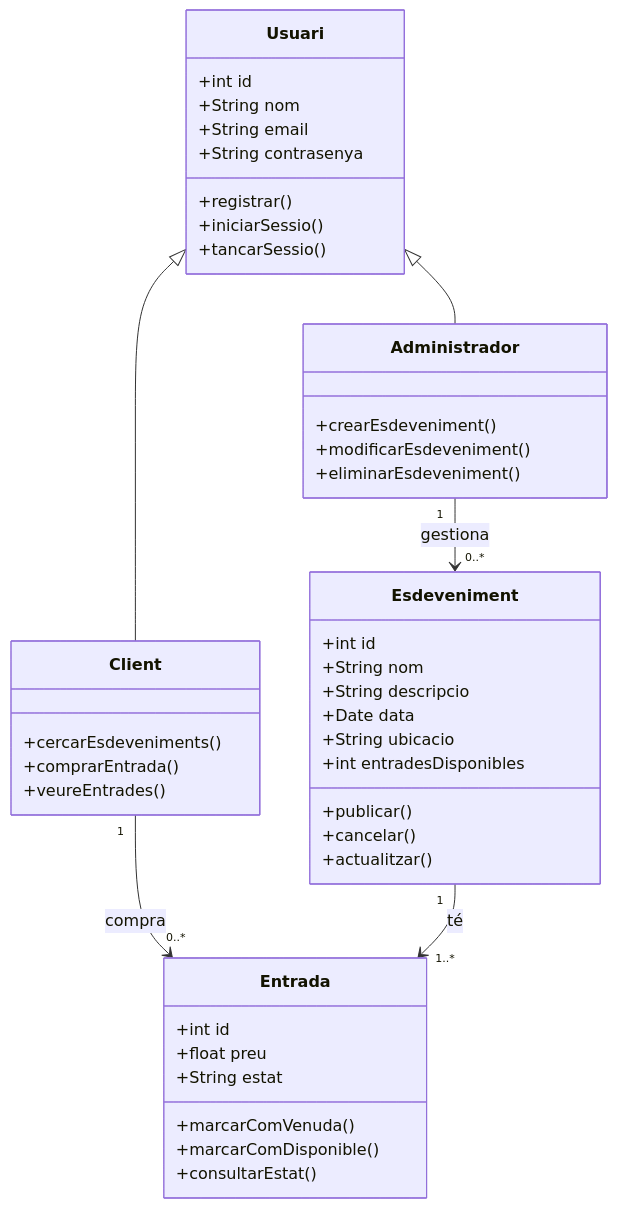
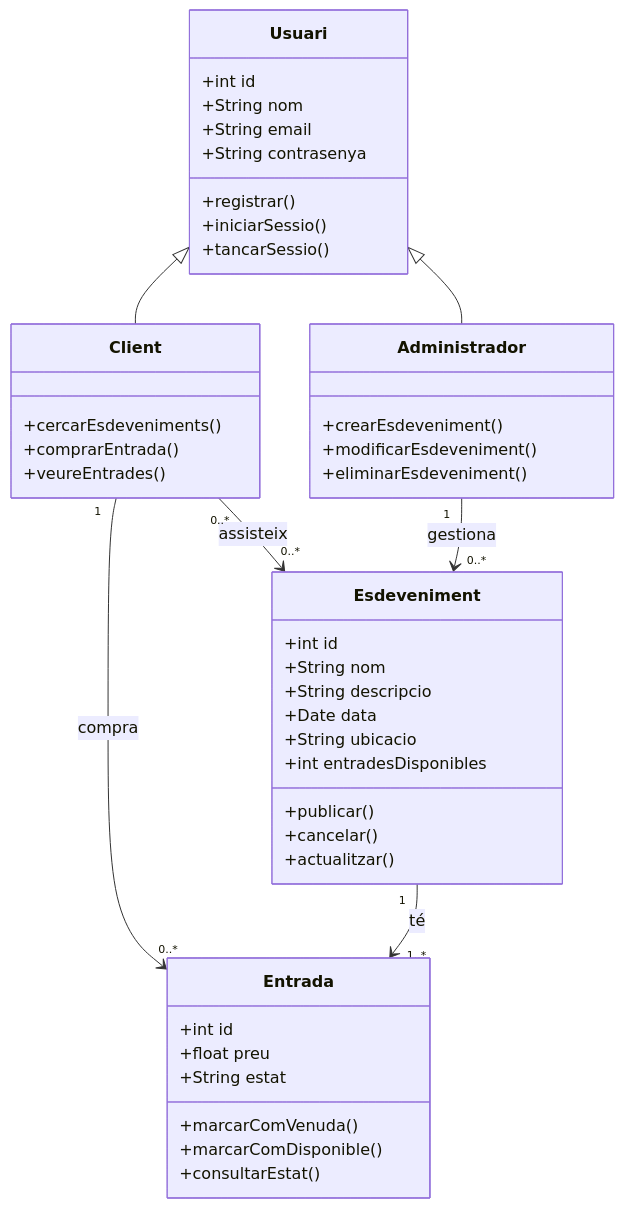
One commit to adriandomcoll/dam1-digitalitzacio changed the diagram in TapatApp/A2/charts/gestor-de-entradas.mermaid. Above: the diagram before and after it, drawn with Mermaid. The commit also changed 3 other files, not shown here.

```diff
--- a/TapatApp/A2/charts/gestor-de-entradas.mermaid
+++ b/TapatApp/A2/charts/gestor-de-entradas.mermaid
@@ -1,53 +1,54 @@
 classDiagram
     %% Herència
     Usuari <|-- Client
     Usuari <|-- Administrador
 
     %% Relacions
     Client "1" --> "0..*" Entrada : compra
+    Client "0..*" --> "0..*" Esdeveniment : assisteix
     Administrador "1" --> "0..*" Esdeveniment : gestiona
     Esdeveniment "1" --> "1..*" Entrada : té
 
     %% Classes
     class Usuari {
         +int id
         +String nom
         +String email
         +String contrasenya
         +registrar()
         +iniciarSessio()
         +tancarSessio()
     }
 
     class Client {
         +cercarEsdeveniments()
         +comprarEntrada()
         +veureEntrades()
     }
 
     class Administrador {
         +crearEsdeveniment()
         +modificarEsdeveniment()
         +eliminarEsdeveniment()
     }
 
     class Esdeveniment {
         +int id
         +String nom
         +String descripcio
         +Date data
         +String ubicacio
         +int entradesDisponibles
         +publicar()
         +cancelar()
         +actualitzar()
     }
 
     class Entrada {
         +int id
         +float preu
         +String estat
         +marcarComVenuda()
         +marcarComDisponible()
         +consultarEstat()
     }
```
